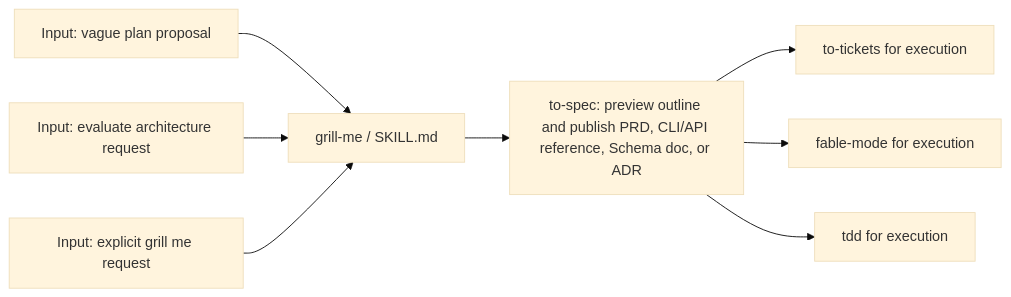
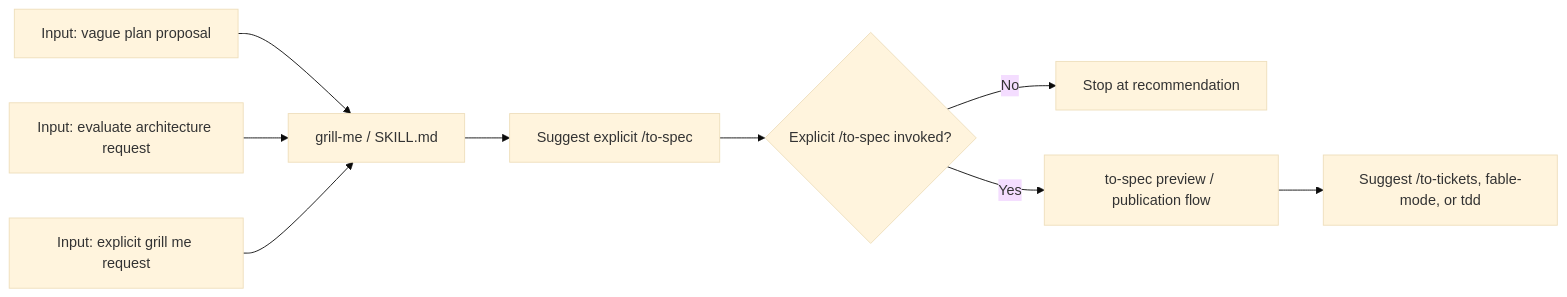
The second of 3 diagrams in docs/workflows/grill-me.md (dyphn1/Harness-everything), drawn with Mermaid (base theme) before and after one commit. The commit also changed other lines of this file, not shown here.

Commit message:
docs(grill): gate to-spec on explicit invocation

````diff
--- a/docs/workflows/grill-me.md
+++ b/docs/workflows/grill-me.md
@@ -24,10 +27,11 @@
 ```mermaid
 graph LR
   VaguePlan["Input: vague plan proposal"] --> GrillMe["grill-me / SKILL.md"]
   EvaluateArch["Input: evaluate architecture request"] --> GrillMe
   ExplicitAsk["Input: explicit grill me request"] --> GrillMe
-  GrillMe --> ToSpec["to-spec: preview outline and publish PRD, CLI/API reference, Schema doc, or ADR"]
-  ToSpec --> ToTickets["to-tickets for execution"]
-  ToSpec --> FableMode["fable-mode for execution"]
-  ToSpec --> TDD["tdd for execution"]
+  GrillMe --> SuggestSpec["Suggest explicit /to-spec"]
+  SuggestSpec --> InvokeGate{"Explicit /to-spec invoked?"}
+  InvokeGate -->|No| Wait["Stop at recommendation"]
+  InvokeGate -->|Yes| ToSpec["to-spec preview / publication flow"]
+  ToSpec --> SuggestRoutes["Suggest /to-tickets, fable-mode, or tdd"]
 ```
````
